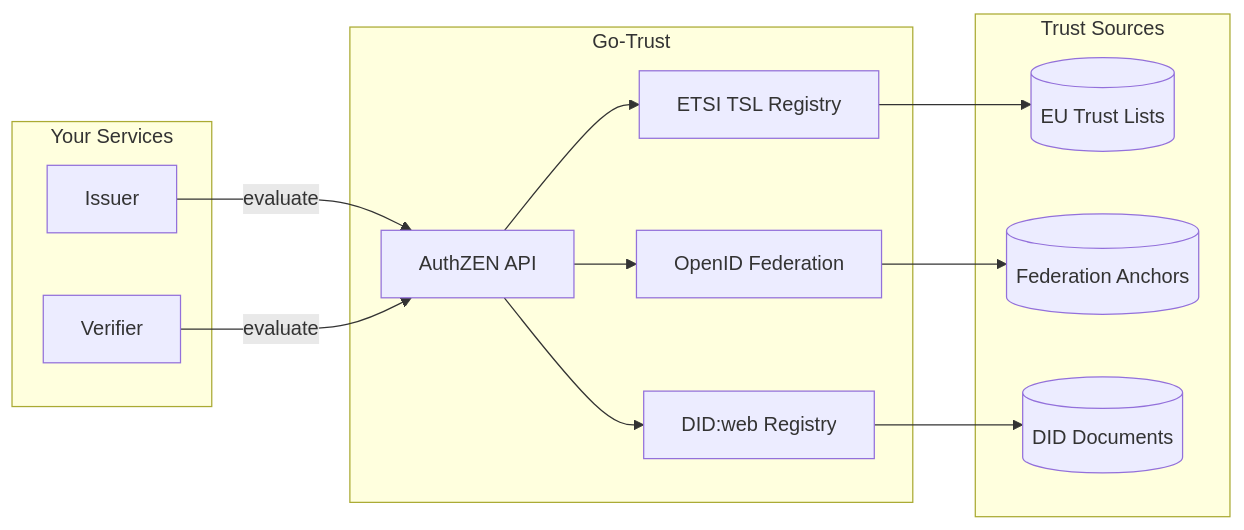
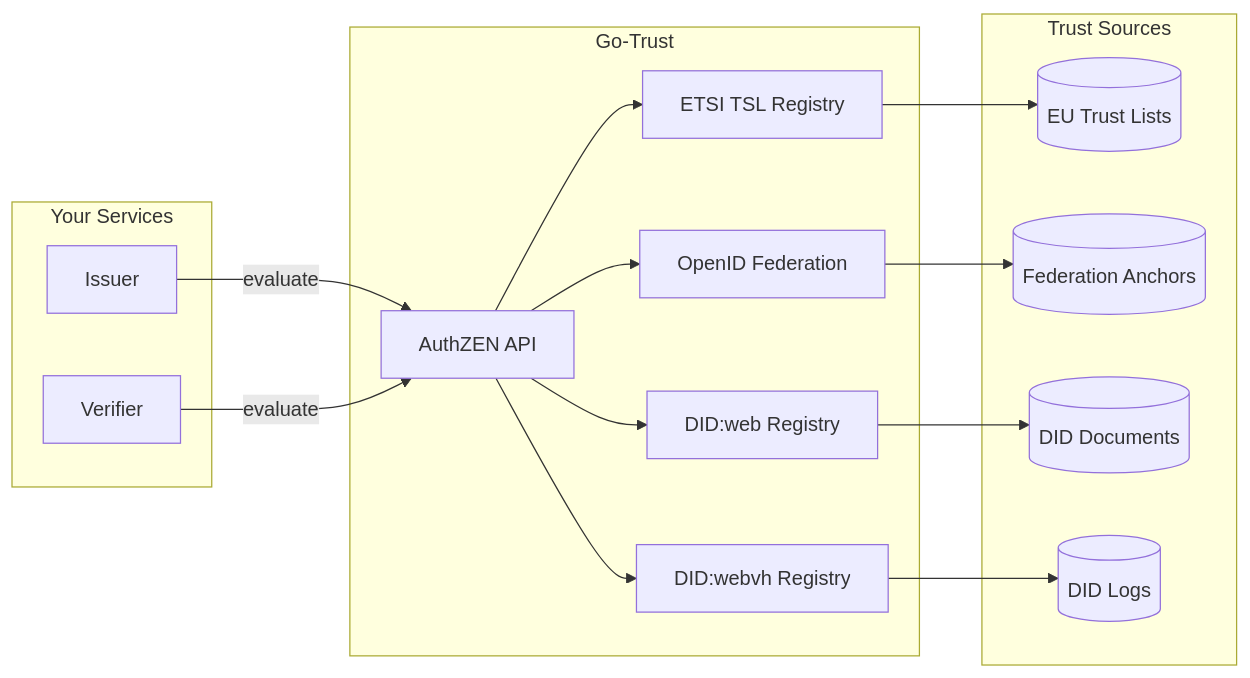
One commit to sirosfoundation/docs changed the first of 2 diagrams in docs/sirosid/integrations/trust/go-trust.md. Above: the diagram before and after it, drawn with Mermaid. The commit also changed other lines of this file and 1 other file, not shown here.

First line of the commit message:
docs(trust): add did:webvh support documentation

````diff
--- a/docs/sirosid/integrations/trust/go-trust.md
+++ b/docs/sirosid/integrations/trust/go-trust.md
@@ -19,29 +20,33 @@
 ```mermaid
 flowchart LR
     subgraph Your Services
         Issuer[Issuer]
         Verifier[Verifier]
     end
     
     subgraph Go-Trust
         API[AuthZEN API]
         ETSI[ETSI TSL Registry]
         OIDF[OpenID Federation]
         DIDWeb[DID:web Registry]
+        DIDWebVH[DID:webvh Registry]
     end
     
     subgraph Trust Sources
         TSL[(EU Trust Lists)]
         Fed[(Federation Anchors)]
         DID[(DID Documents)]
+        DIDVH[(DID Logs)]
     end
     
     Issuer -->|evaluate| API
     Verifier -->|evaluate| API
     API --> ETSI
     API --> OIDF
     API --> DIDWeb
+    API --> DIDWebVH
     ETSI --> TSL
     OIDF --> Fed
     DIDWeb --> DID
+    DIDWebVH --> DIDVH
 ```
````
